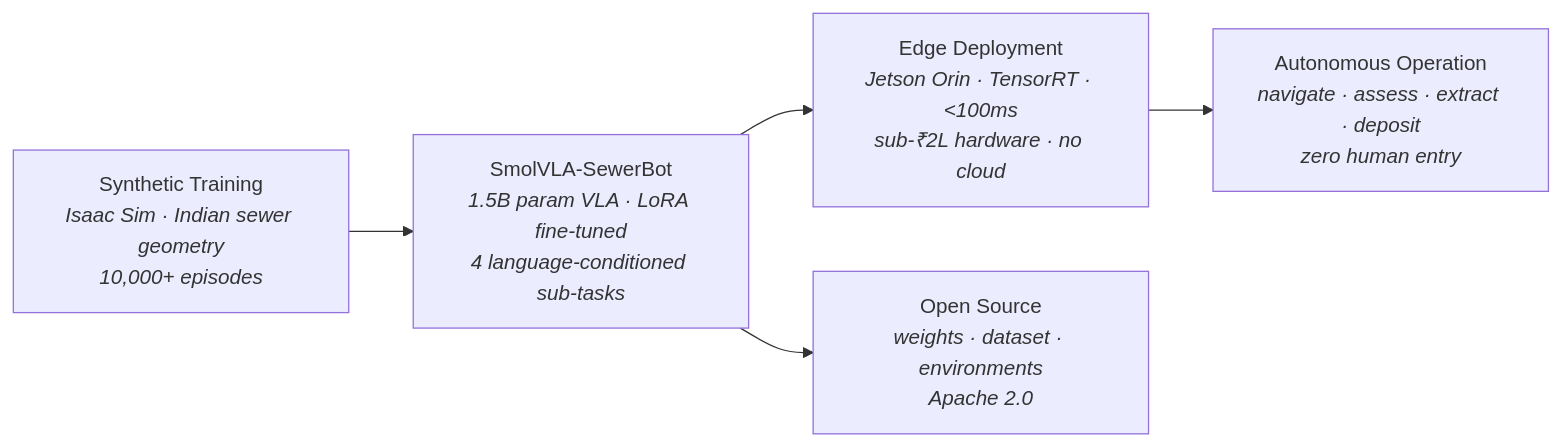
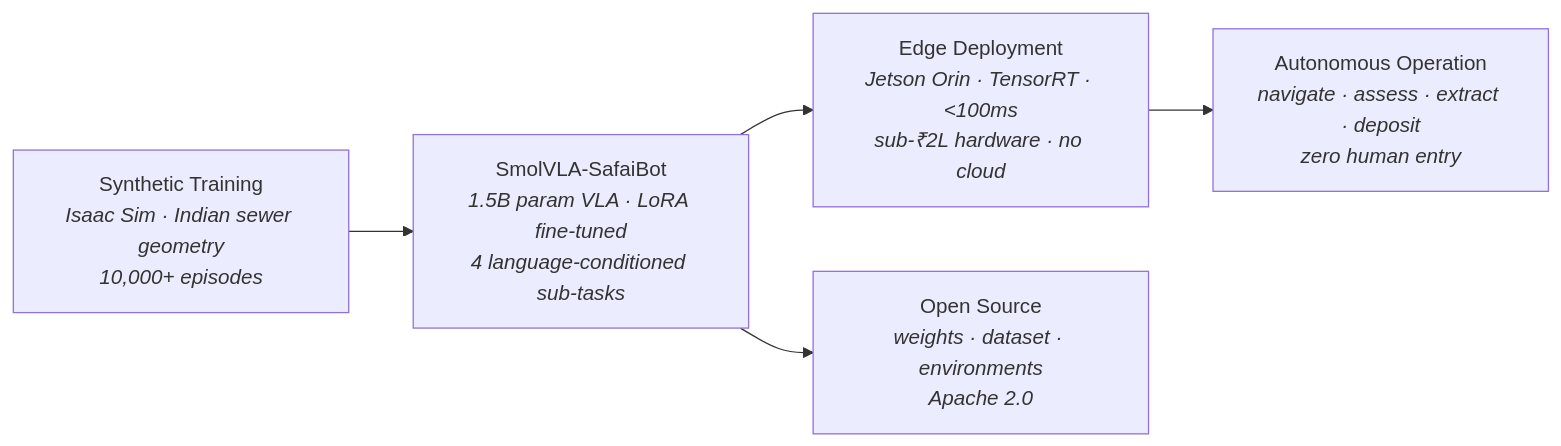
Before and after one commit to saralsystems/safai-vla: the diagram in README.md, drawn with Mermaid. The commit also changed other lines of this file and 22 other files, not shown here.

First line of the commit message:
Rebrand sewer-vla to SafAI VLA

````diff
--- a/README.md
+++ b/README.md
@@ -9,10 +9,10 @@
 ```mermaid
 graph LR
     SIM["Synthetic Training<br/><i>Isaac Sim · Indian sewer geometry<br/>10,000+ episodes</i>"]
-    MODEL["SmolVLA-SewerBot<br/><i>1.5B param VLA · LoRA fine-tuned<br/>4 language-conditioned sub-tasks</i>"]
+    MODEL["SmolVLA-SafaiBot<br/><i>1.5B param VLA · LoRA fine-tuned<br/>4 language-conditioned sub-tasks</i>"]
     EDGE["Edge Deployment<br/><i>Jetson Orin · TensorRT · <100ms<br/>sub-₹2L hardware · no cloud</i>"]
     ROBOT["Autonomous Operation<br/><i>navigate · assess · extract · deposit<br/>zero human entry</i>"]
     SIM --> MODEL --> EDGE --> ROBOT
     OPEN["Open Source<br/><i>weights · dataset · environments<br/>Apache 2.0</i>"]
     MODEL --> OPEN
 ```
````
